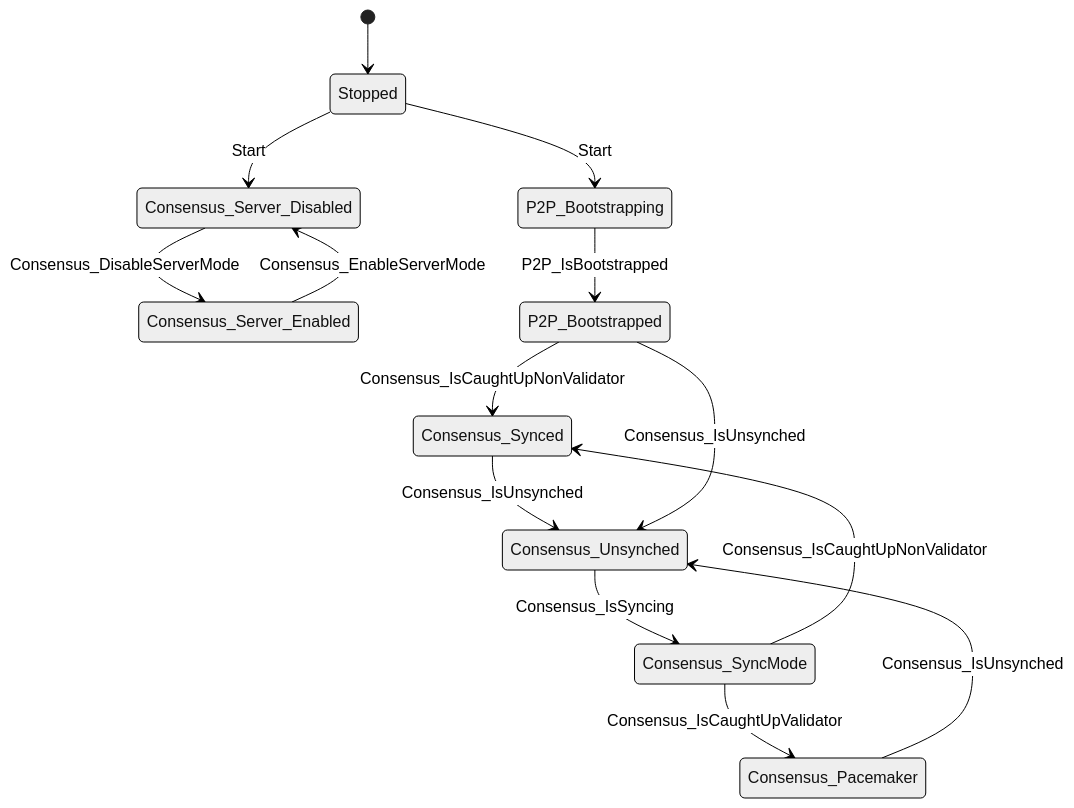
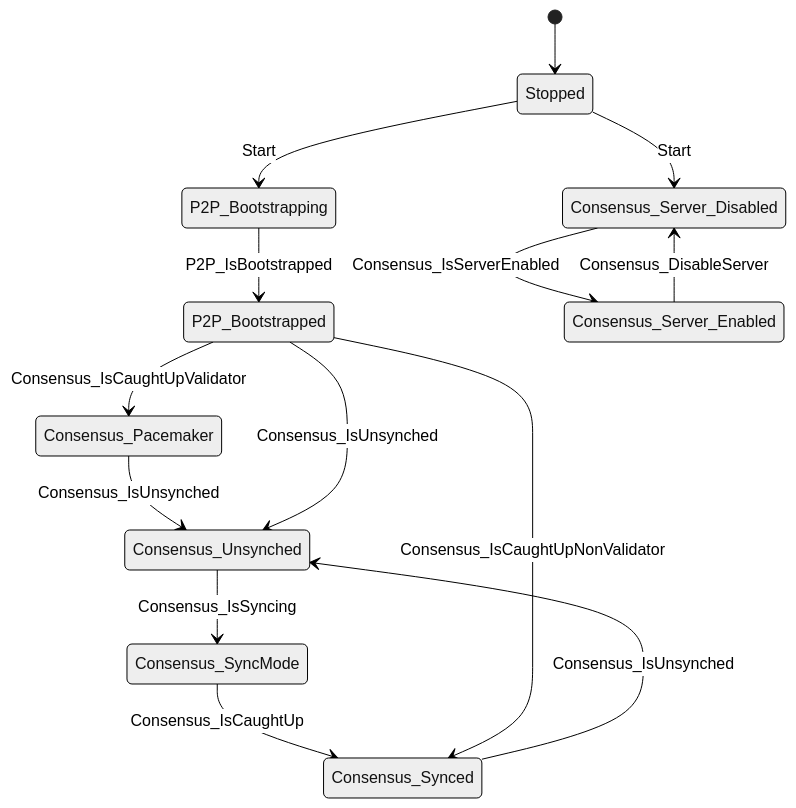
One commit to pokt-network/pocket changed the diagram in state_machine/docs/state-machine.diagram.md. Above: the diagram before and after it, drawn with Mermaid (neutral theme).

Commit message:
manual fix

````diff
--- a/state_machine/docs/state-machine.diagram.md
+++ b/state_machine/docs/state-machine.diagram.md
@@ -5,16 +5,16 @@
 ```mermaid
 stateDiagram-v2
     [*] --> Stopped
+    Consensus_Synced --> Consensus_Unsynched: Consensus_IsUnsynched
+    Consensus_SyncMode --> Consensus_Synced: Consensus_IsCaughtUp
+    Consensus_Unsynched --> Consensus_SyncMode: Consensus_IsSyncing
     Consensus_Pacemaker --> Consensus_Unsynched: Consensus_IsUnsynched
-    Consensus_Server_Disabled --> Consensus_Server_Enabled: Consensus_DisableServerMode
-    Consensus_Server_Enabled --> Consensus_Server_Disabled: Consensus_EnableServerMode
-    Consensus_SyncMode --> Consensus_Synced: Consensus_IsCaughtUpNonValidator
-    Consensus_SyncMode --> Consensus_Pacemaker: Consensus_IsCaughtUpValidator
-    Consensus_Synced --> Consensus_Unsynched: Consensus_IsUnsynched
-    Consensus_Unsynched --> Consensus_SyncMode: Consensus_IsSyncing
+    P2P_Bootstrapped --> Consensus_Pacemaker: Consensus_IsCaughtUpValidator
     P2P_Bootstrapped --> Consensus_Synced: Consensus_IsCaughtUpNonValidator
     P2P_Bootstrapped --> Consensus_Unsynched: Consensus_IsUnsynched
     P2P_Bootstrapping --> P2P_Bootstrapped: P2P_IsBootstrapped
+    Consensus_Server_Enabled --> Consensus_Server_Disabled: Consensus_DisableServer
+    Consensus_Server_Disabled --> Consensus_Server_Enabled: Consensus_IsServerEnabled
     Stopped --> Consensus_Server_Disabled: Start
     Stopped --> P2P_Bootstrapping: Start
 ```
````
